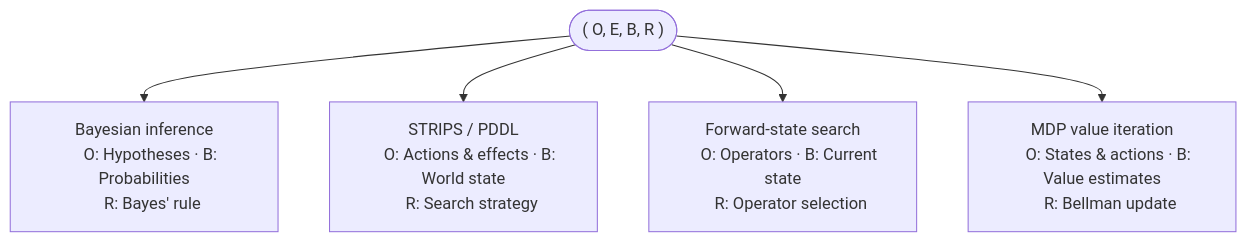
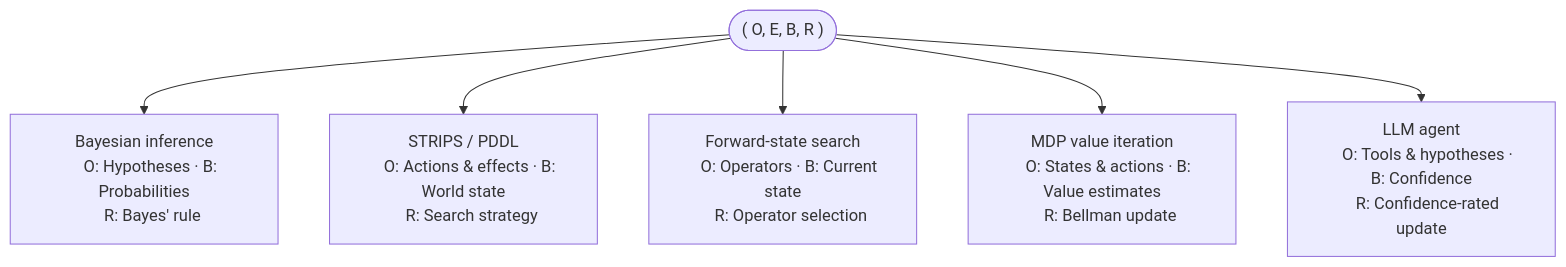
One commit to TheRealBillSiegler/epistemic-pipeline changed the third of 3 diagrams in README.md. Above: the diagram before and after it, drawn with Mermaid. The commit also changed other lines of this file and 32 other files, not shown here.

````diff
--- a/README.md
+++ b/README.md
@@ -181,20 +195,24 @@
 ```mermaid
 graph TD
     OEBR(["( O, E, B, R )"])
 
     OEBR --> BAYES["Bayesian inference
     O: Hypotheses · B: Probabilities
     R: Bayes' rule"]
 
     OEBR --> STRIPS["STRIPS / PDDL
     O: Actions & effects · B: World state
     R: Search strategy"]
 
     OEBR --> SEARCH["Forward-state search
     O: Operators · B: Current state
     R: Operator selection"]
 
     OEBR --> MDP["MDP value iteration
     O: States & actions · B: Value estimates
     R: Bellman update"]
+
+    OEBR --> AGENT["LLM agent
+    O: Tools & hypotheses · B: Confidence
+    R: Confidence-rated update"]
 ```
````
